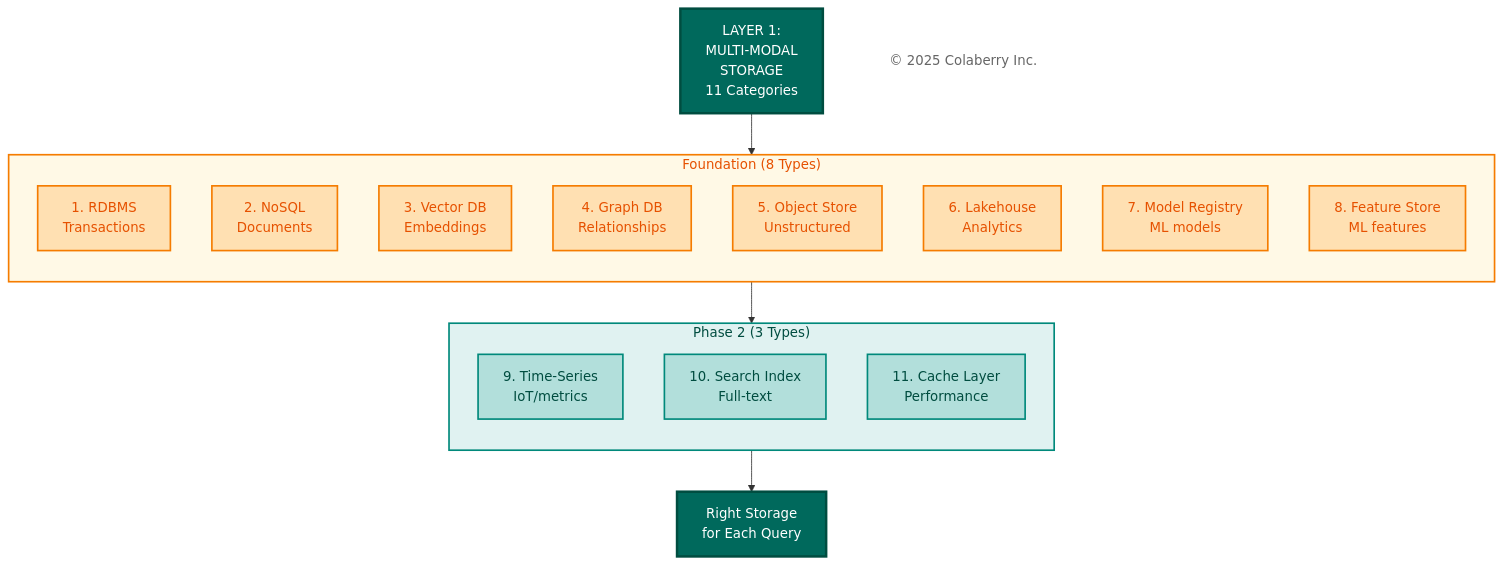
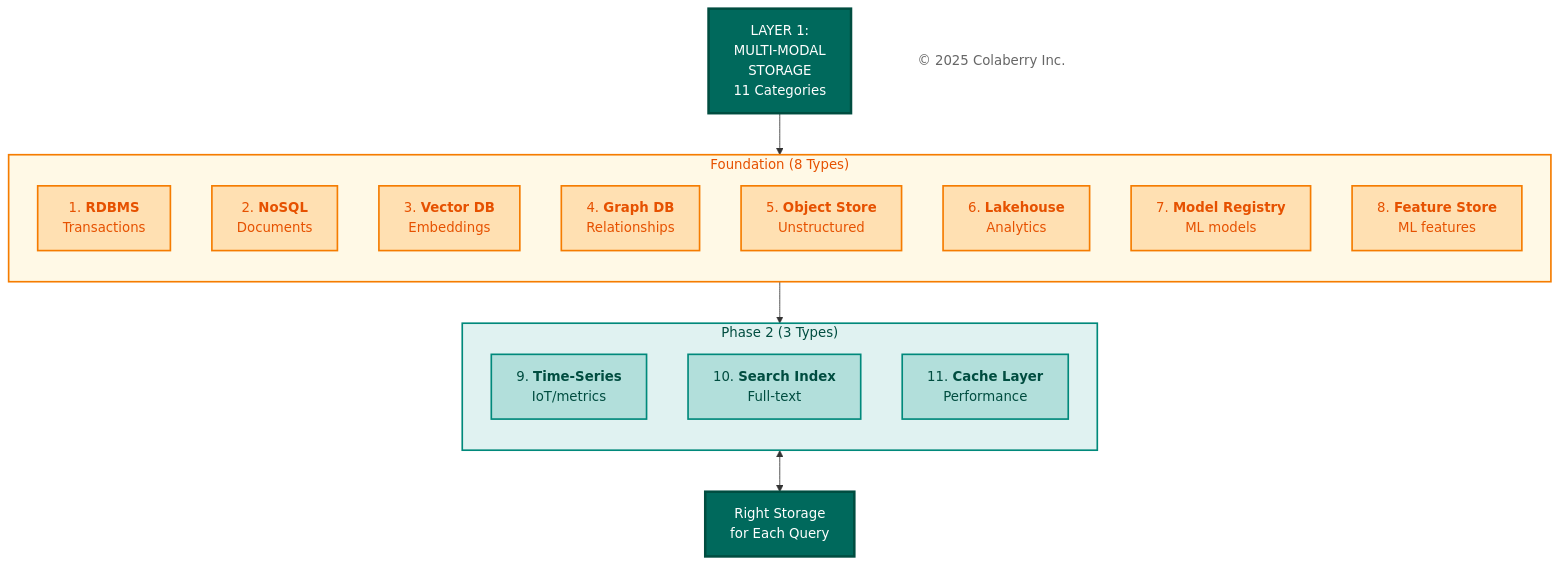
One commit to colaberry/trust-before-intelligence-book changed the fifth of 11 diagrams in manuscript/05_chapter_4_foundation_layers_v4_1.md. Above: the diagram before and after it, drawn with Mermaid.

Commit message:
Cleaning up multi modal storage diagram
Cleaning up multi modal storage diagram

````diff
--- a/manuscript/05_chapter_4_foundation_layers_v4_1.md
+++ b/manuscript/05_chapter_4_foundation_layers_v4_1.md
@@ -411,48 +411,48 @@
 ```mermaid
 
 graph TB
     TITLE["LAYER 1:<br/>MULTI-MODAL<br/>STORAGE<br/>11 Categories"]
     
     subgraph FOUNDATION["Foundation (8 Types)"]
         direction TB
-        S1["1. RDBMS<br/>Transactions"]
-        S2["2. NoSQL<br/>Documents"]
-        S3["3. Vector DB<br/>Embeddings"]
-        S4["4. Graph DB<br/>Relationships"]
-        S5["5. Object Store<br/>Unstructured"]
-        S6["6. Lakehouse<br/>Analytics"]
-        S7["7. Model Registry<br/>ML models"]
-        S8["8. Feature Store<br/>ML features"]
+        S1["1. <b>RDBMS</b><br/>Transactions"]
+        S2["2. <b>NoSQL</b><br/>Documents"]
+        S3["3. <b>Vector DB</b><br/>Embeddings"]
+        S4["4. <b>Graph DB</b><br/>Relationships"]
+        S5["5. <b>Object Store</b><br/>Unstructured"]
+        S6["6. <b>Lakehouse</b><br/>Analytics"]
+        S7["7. <b>Model Registry</b><br/>ML models"]
+        S8["8. <b>Feature Store</b><br/>ML features"]
     end
     
     subgraph PHASE2["Phase 2 (3 Types)"]
         direction TB
-        S9["9. Time-Series<br/>IoT/metrics"]
-        S10["10. Search Index<br/>Full-text"]
-        S11["11. Cache Layer<br/>Performance"]
+        S9["9. <b>Time-Series</b><br/>IoT/metrics"]
+        S10["10. <b>Search Index</b><br/>Full-text"]
+        S11["11. <b>Cache Layer</b><br/>Performance"]
     end
     
     OUTPUT["Right Storage<br/>for Each Query"]
     
     Copyright["© 2025 Colaberry Inc."]
     
-    TITLE --> FOUNDATION --> PHASE2 --> OUTPUT
+    TITLE --> FOUNDATION --> PHASE2 <--> OUTPUT
     
     style TITLE fill:#00695c,color:#ffffff,stroke:#004d40,stroke-width:3px
     style FOUNDATION fill:#fff9e6,stroke:#f57c00,stroke-width:2px,color:#e65100
     style PHASE2 fill:#e0f2f1,stroke:#00897b,stroke-width:2px,color:#004d40
     style S1 fill:#ffe0b2,stroke:#f57c00,stroke-width:2px,color:#e65100
     style S2 fill:#ffe0b2,stroke:#f57c00,stroke-width:2px,color:#e65100
     style S3 fill:#ffe0b2,stroke:#f57c00,stroke-width:2px,color:#e65100
     style S4 fill:#ffe0b2,stroke:#f57c00,stroke-width:2px,color:#e65100
     style S5 fill:#ffe0b2,stroke:#f57c00,stroke-width:2px,color:#e65100
     style S6 fill:#ffe0b2,stroke:#f57c00,stroke-width:2px,color:#e65100
     style S7 fill:#ffe0b2,stroke:#f57c00,stroke-width:2px,color:#e65100
     style S8 fill:#ffe0b2,stroke:#f57c00,stroke-width:2px,color:#e65100
     style S9 fill:#b2dfdb,stroke:#00897b,stroke-width:2px,color:#004d40
     style S10 fill:#b2dfdb,stroke:#00897b,stroke-width:2px,color:#004d40
     style S11 fill:#b2dfdb,stroke:#00897b,stroke-width:2px,color:#004d40
     style OUTPUT fill:#00695c,color:#ffffff,stroke:#004d40,stroke-width:3px
     style Copyright fill:#ffffff,stroke:none,color:#666666
 
 ```
````
